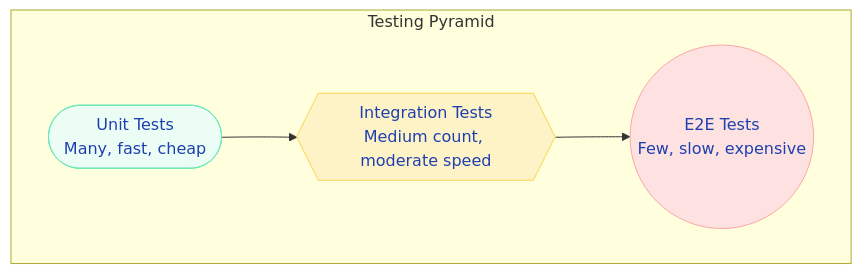
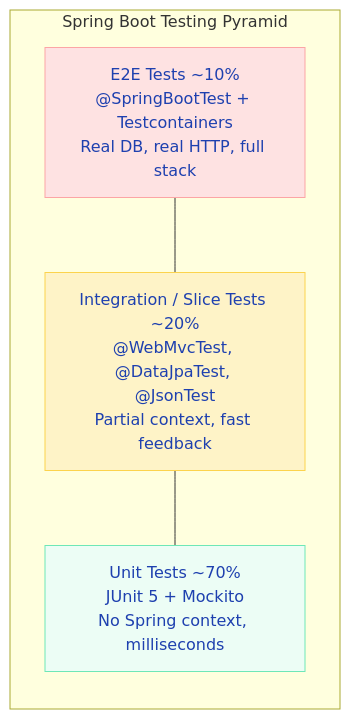
Before and after one commit to saivamsikaruturi/vamsilabs-dev-notes-main: the first of 4 diagrams in docs/springboot/testing.md, drawn with Mermaid. The commit also changed other lines of this file and 21 other files, not shown here.

First line of the commit message:
Rewrite 20 Spring Boot + 2 Microservices pages as deep interview-prep guides

````diff
--- a/docs/springboot/testing.md
+++ b/docs/springboot/testing.md
@@ -17,11 +16,15 @@
 ```mermaid
-flowchart LR
-    subgraph Pyramid["Testing Pyramid"]
-        direction LR
-        UNIT(["Unit Tests<br/>Many, fast, cheap"]) --> INT{{"Integration Tests<br/>Medium count, moderate speed"}} --> E2E(("E2E Tests<br/>Few, slow, expensive"))
+graph TB
+    subgraph pyramid["Spring Boot Testing Pyramid"]
+        direction TB
+        E2E["E2E Tests ~10%<br/>@SpringBootTest + Testcontainers<br/>Real DB, real HTTP, full stack"]
+        INT["Integration / Slice Tests ~20%<br/>@WebMvcTest, @DataJpaTest, @JsonTest<br/>Partial context, fast feedback"]
+        UNIT["Unit Tests ~70%<br/>JUnit 5 + Mockito<br/>No Spring context, milliseconds"]
     end
+
+    E2E --- INT --- UNIT
 
     style E2E fill:#FEE2E2,stroke:#FCA5A5,color:#1E40AF
     style INT fill:#FEF3C7,stroke:#FCD34D,color:#1E40AF
     style UNIT fill:#ECFDF5,stroke:#6EE7B7,color:#1E40AF
 ```
````
